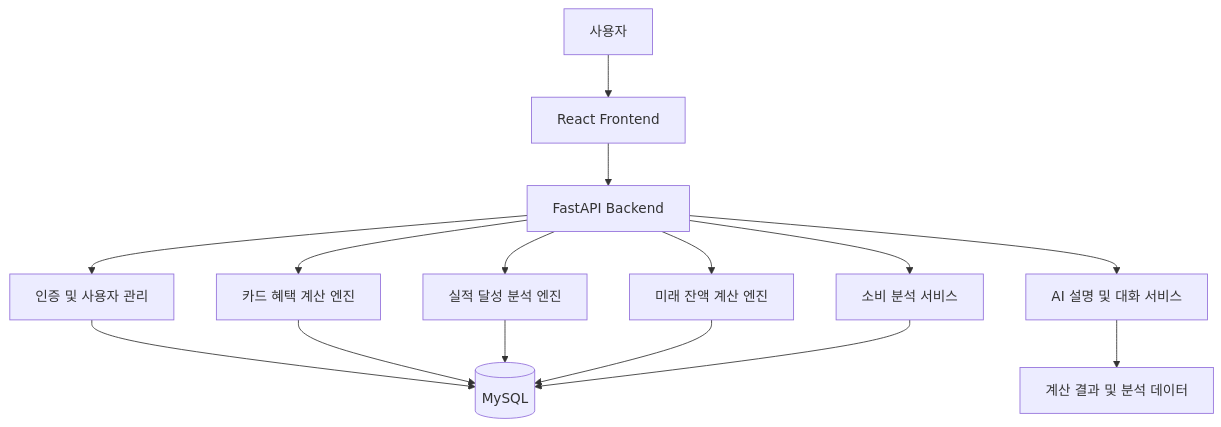
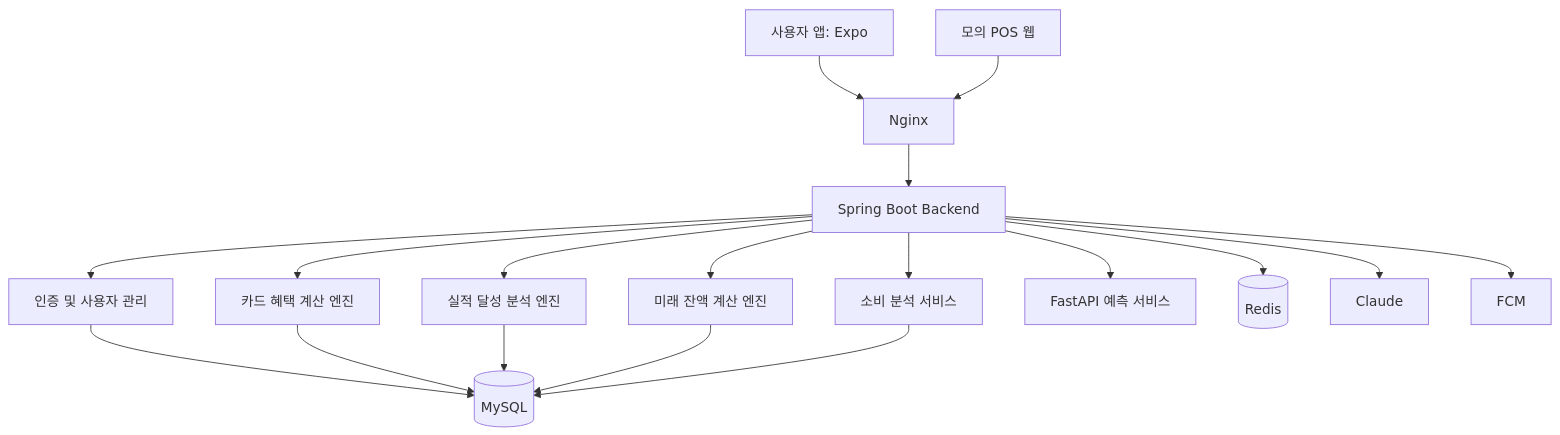
One commit to MINAH714/YAMU changed the second of 2 diagrams in README.md. Above: the diagram before and after it, drawn with Mermaid. The commit also changed other lines of this file, not shown here.

````diff
--- a/README.md
+++ b/README.md
@@ -324,19 +326,22 @@
 ```mermaid
 flowchart TD
-    U[사용자] --> FE[React Frontend]
-    FE --> API[FastAPI Backend]
+    U[사용자 앱: Expo] --> EDGE[Nginx]
+    POS[모의 POS 웹] --> EDGE
+    EDGE --> API[Spring Boot Backend]
 
     API --> AUTH[인증 및 사용자 관리]
     API --> CARD[카드 혜택 계산 엔진]
     API --> PERF[실적 달성 분석 엔진]
     API --> CASH[미래 잔액 계산 엔진]
     API --> REPORT[소비 분석 서비스]
-    API --> AI[AI 설명 및 대화 서비스]
+    API --> AI[FastAPI 예측 서비스]
 
     AUTH --> DB[(MySQL)]
     CARD --> DB
     PERF --> DB
     CASH --> DB
     REPORT --> DB
-    AI --> DATA[계산 결과 및 분석 데이터]
+    API --> CACHE[(Redis)]
+    API --> LLM[Claude]
+    API --> PUSH[FCM]
 ```
````
